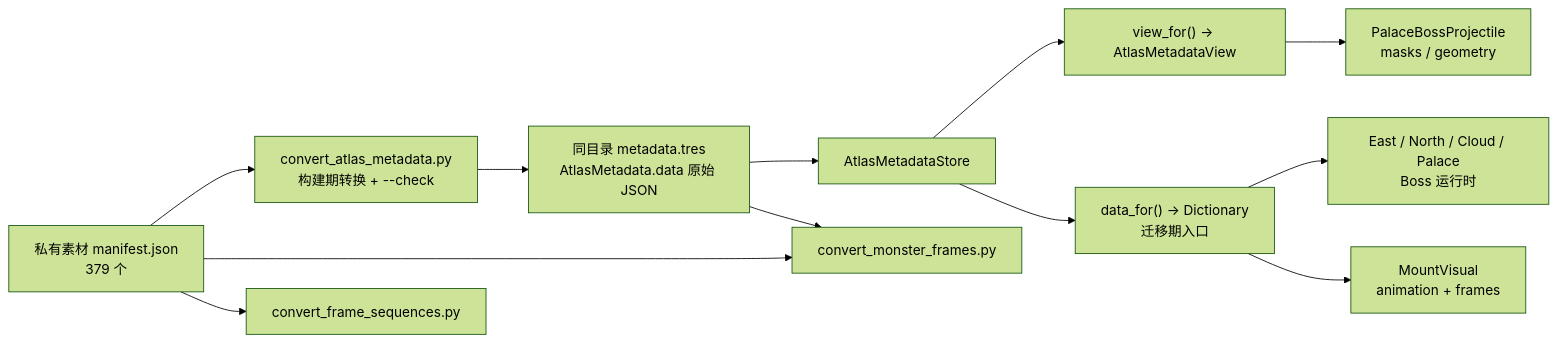
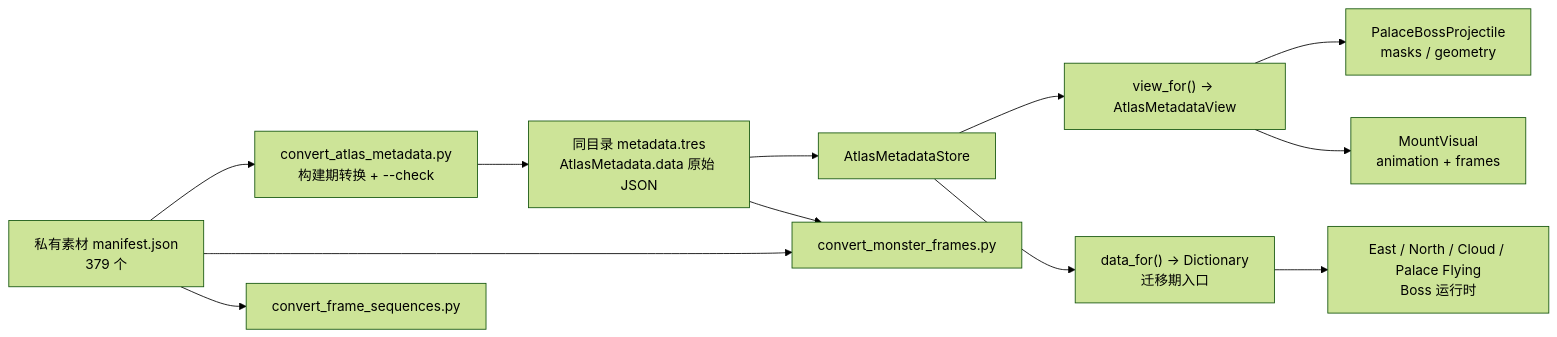
One commit to 0xnayuta/BHYH changed the diagram in docs/reference/atlas_metadata_schema.md. Above: the diagram before and after it, drawn with Mermaid (forest theme). The commit also changed other lines of this file and 12 other files, not shown here.

````diff
--- a/docs/reference/atlas_metadata_schema.md
+++ b/docs/reference/atlas_metadata_schema.md
@@ -10,14 +10,14 @@
 ```mermaid
 flowchart LR
     M["私有素材 manifest.json<br/>379 个"] --> C["convert_atlas_metadata.py<br/>构建期转换 + --check"]
     C --> R["同目录 metadata.tres<br/>AtlasMetadata.data 原始 JSON"]
     R --> S["AtlasMetadataStore"]
     S --> SV["view_for() -> AtlasMetadataView"]
     S --> SD["data_for() -> Dictionary<br/>迁移期入口"]
     SV --> P["PalaceBossProjectile<br/>masks / geometry"]
-    SD --> E["East / North / Cloud / Palace<br/>Boss 运行时"]
-    SD --> V["MountVisual<br/>animation + frames"]
+    SV --> V["MountVisual<br/>animation + frames"]
+    SD --> E["East / North / Cloud / Palace Flying<br/>Boss 运行时"]
     M --> B1["convert_monster_frames.py"]
     M --> B2["convert_frame_sequences.py"]
     R --> B1
 ```
````
